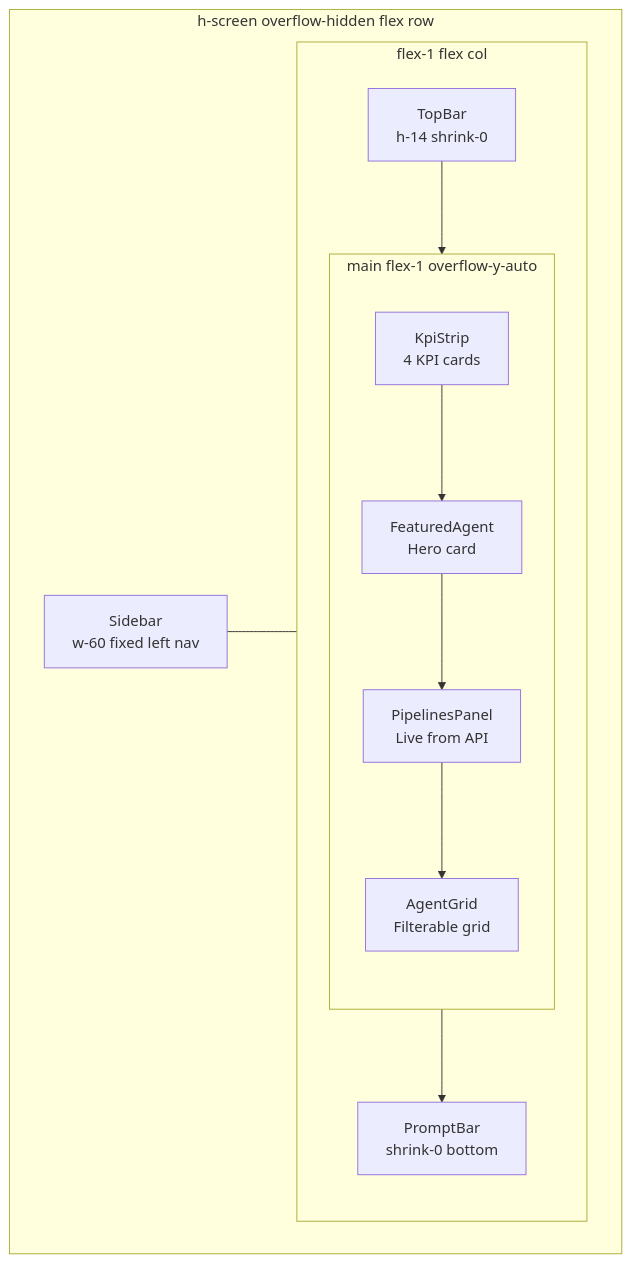
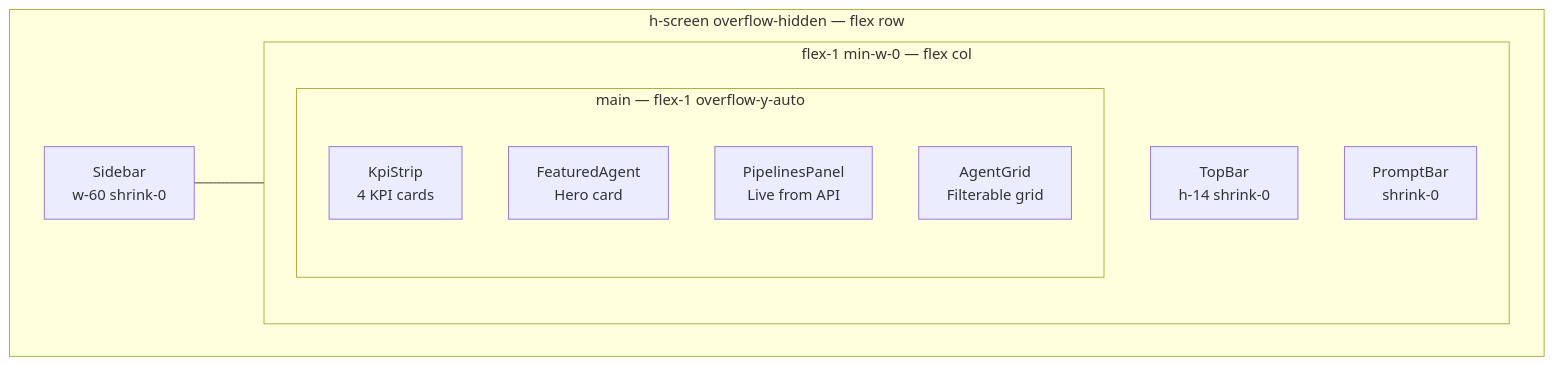
Before and after one commit to Gunashekharp/sdlc-sample-worflow: the diagram in docs-site/src/content/docs/frontend/overview.md, drawn with Mermaid. The commit also changed 1 other file, not shown here.

Commit message:
docs: automated update by the documentation agent

````diff
--- a/docs-site/src/content/docs/frontend/overview.md
+++ b/docs-site/src/content/docs/frontend/overview.md
@@ -68,23 +68,17 @@
 ```mermaid
 flowchart TD
-  subgraph Screen["h-screen overflow-hidden flex row"]
-    Sidebar["Sidebar\nw-60 fixed left nav"]
-    subgraph MainCol["flex-1 flex col"]
+  subgraph Screen["h-screen overflow-hidden — flex row"]
+    Sidebar["Sidebar\nw-60 shrink-0"]
+    subgraph MainCol["flex-1 min-w-0 — flex col"]
       TopBar["TopBar\nh-14 shrink-0"]
-      subgraph Main["main flex-1 overflow-y-auto"]
+      subgraph Main["main — flex-1 overflow-y-auto"]
         KpiStrip["KpiStrip\n4 KPI cards"]
         FeaturedAgent["FeaturedAgent\nHero card"]
         PipelinesPanel["PipelinesPanel\nLive from API"]
         AgentGrid["AgentGrid\nFilterable grid"]
       end
-      PromptBar["PromptBar\nshrink-0 bottom"]
+      PromptBar["PromptBar\nshrink-0"]
     end
   end
-
   Sidebar --- MainCol
-  TopBar --> Main
-  KpiStrip --> FeaturedAgent
-  FeaturedAgent --> PipelinesPanel
-  PipelinesPanel --> AgentGrid
-  Main --> PromptBar
 ```
````
